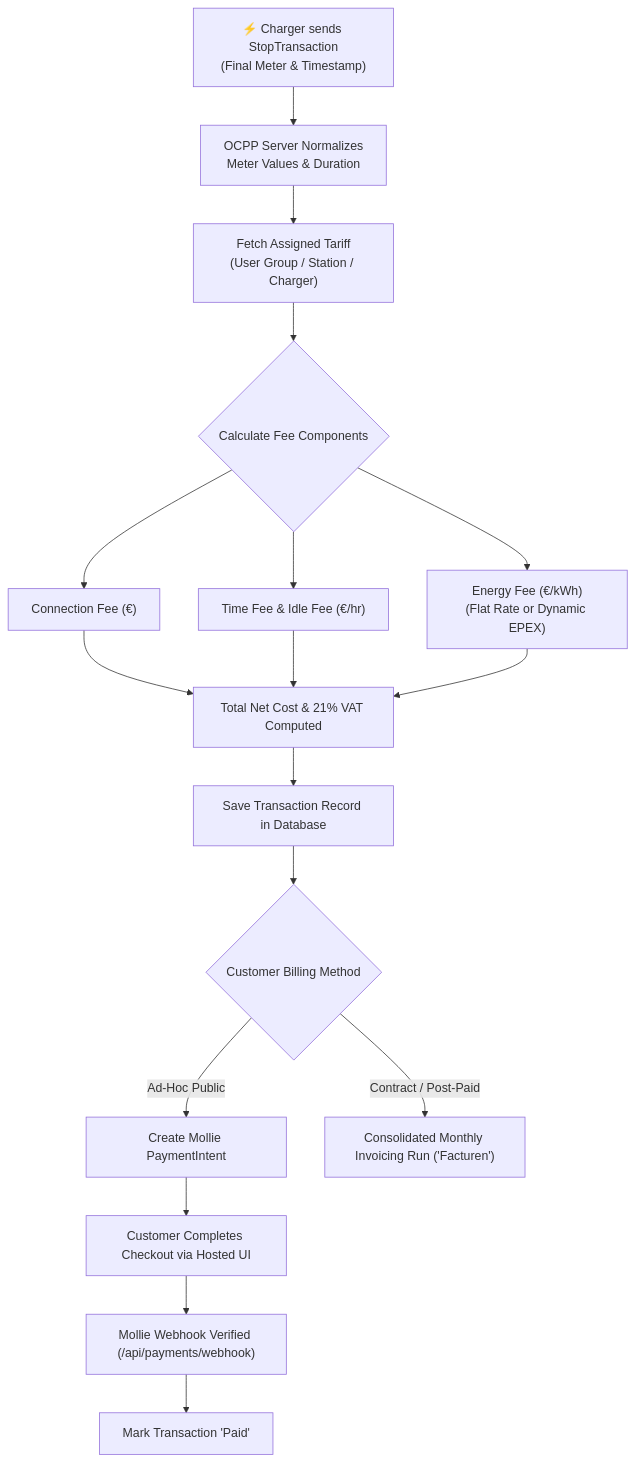
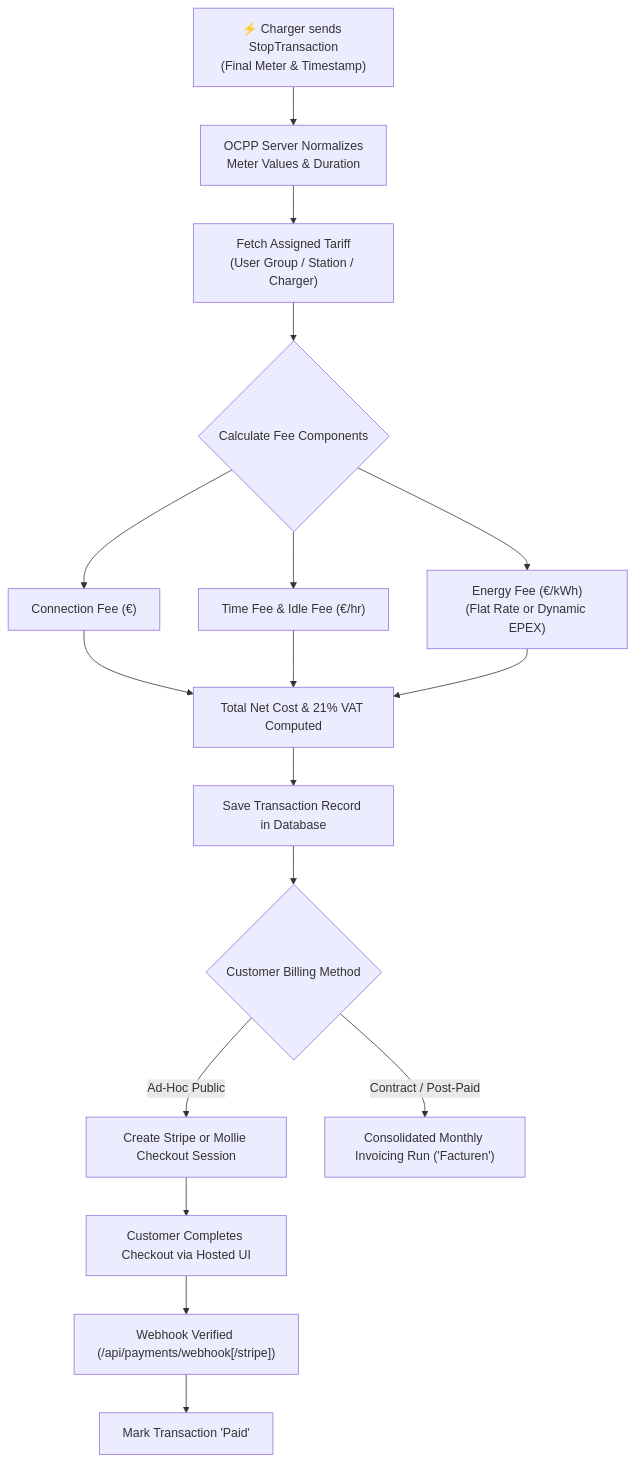
Before and after one commit to webdotpulse/GRID-OCPP-CPMS: the first of 3 diagrams in Manual/financial_roaming_manual.md, drawn with Mermaid. The commit also changed other lines of this file and 23 other files, not shown here.

Commit message:
feat: integrate Stripe payment gateway alongside Mollie and update documentation

````diff
--- a/Manual/financial_roaming_manual.md
+++ b/Manual/financial_roaming_manual.md
@@ -13,17 +13,17 @@
 ```mermaid
 flowchart TD
     A["⚡ Charger sends StopTransaction\n(Final Meter & Timestamp)"] --> B["OCPP Server Normalizes\nMeter Values & Duration"]
     B --> C["Fetch Assigned Tariff\n(User Group / Station / Charger)"]
     C --> D{"Calculate Fee Components"}
     D --> E["Connection Fee (€)"]
     D --> F["Time Fee & Idle Fee (€/hr)"]
     D --> H["Energy Fee (€/kWh)\n(Flat Rate or Dynamic EPEX)"]
     E & F & H --> I["Total Net Cost & 21% VAT Computed"]
     I --> J["Save Transaction Record in Database"]
     J --> K{"Customer Billing Method"}
-    K -- Ad-Hoc Public --> L["Create Mollie PaymentIntent"]
+    K -- Ad-Hoc Public --> L["Create Stripe or Mollie Checkout Session"]
     L --> M["Customer Completes Checkout via Hosted UI"]
-    M --> N["Mollie Webhook Verified (/api/payments/webhook)"]
+    M --> N["Webhook Verified (/api/payments/webhook[/stripe])"]
     N --> O["Mark Transaction 'Paid'"]
     K -- Contract / Post-Paid --> Q["Consolidated Monthly Invoicing Run ('Facturen')"]
 ```
````
